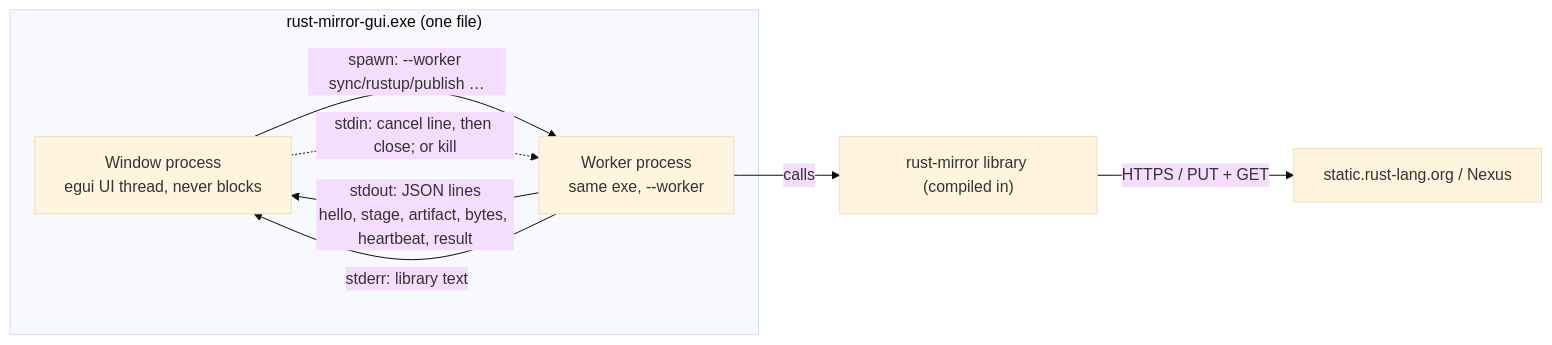
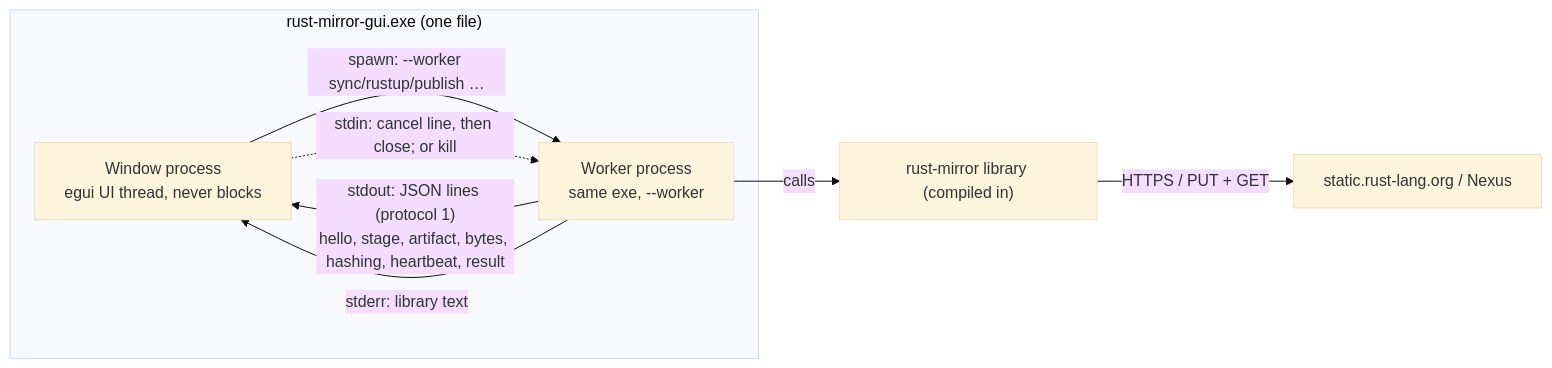
Before and after one commit to rustcommons/rust-mirror-gui: the diagram in docs/DESIGN.md, drawn with Mermaid (base theme). The commit also changed other lines of this file and 17 other files, not shown here.

````diff
--- a/docs/DESIGN.md
+++ b/docs/DESIGN.md
@@ -220,13 +227,13 @@
 ```mermaid
 flowchart LR
   subgraph EXE["rust-mirror-gui.exe (one file)"]
     UI["Window process<br/>egui UI thread, never blocks"]
     W["Worker process<br/>same exe, --worker"]
   end
   UI -- "spawn: --worker sync/rustup/publish …" --> W
-  W -- "stdout: JSON lines<br/>hello, stage, artifact, bytes, heartbeat, result" --> UI
+  W -- "stdout: JSON lines (protocol 1)<br/>hello, stage, artifact, bytes, hashing, heartbeat, result" --> UI
   W -- "stderr: library text" --> UI
   UI -. "stdin: cancel line, then close; or kill" .-> W
   W -- "calls" --> L["rust-mirror library (compiled in)"]
   L -- "HTTPS / PUT + GET" --> EXT["static.rust-lang.org / Nexus"]
 ```
````
